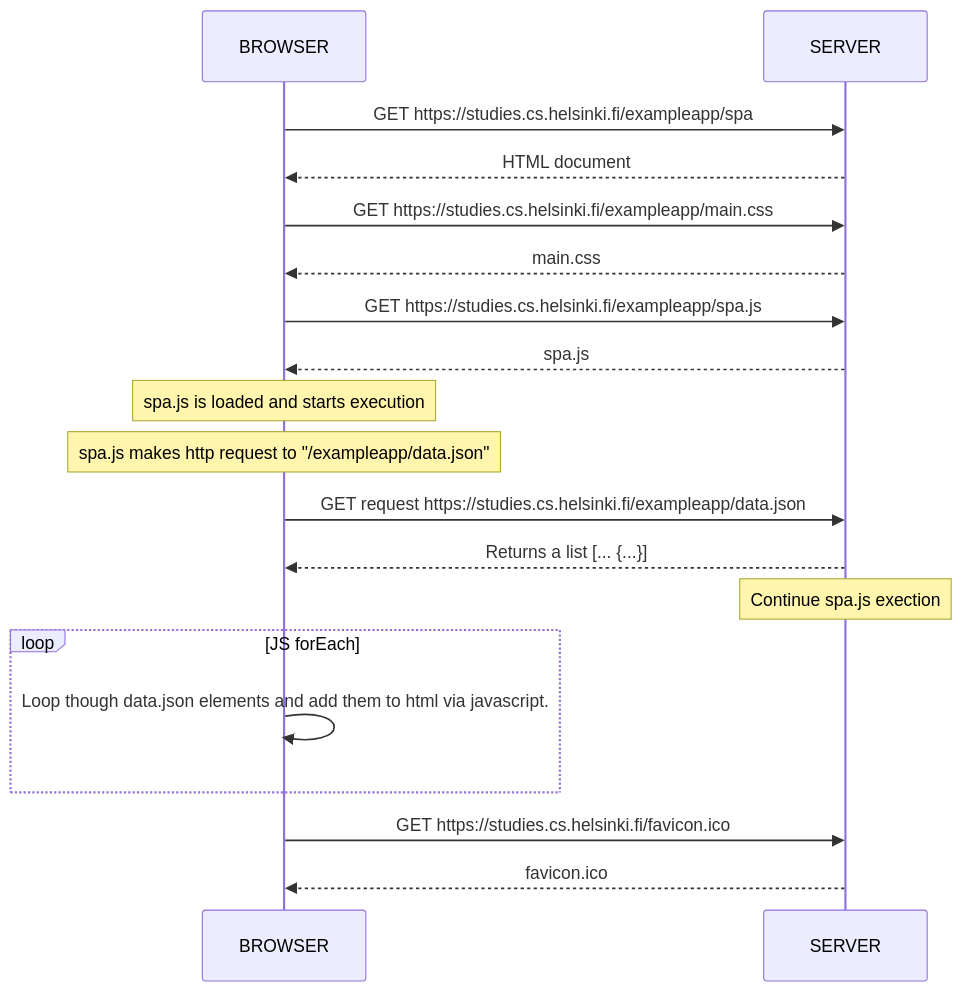
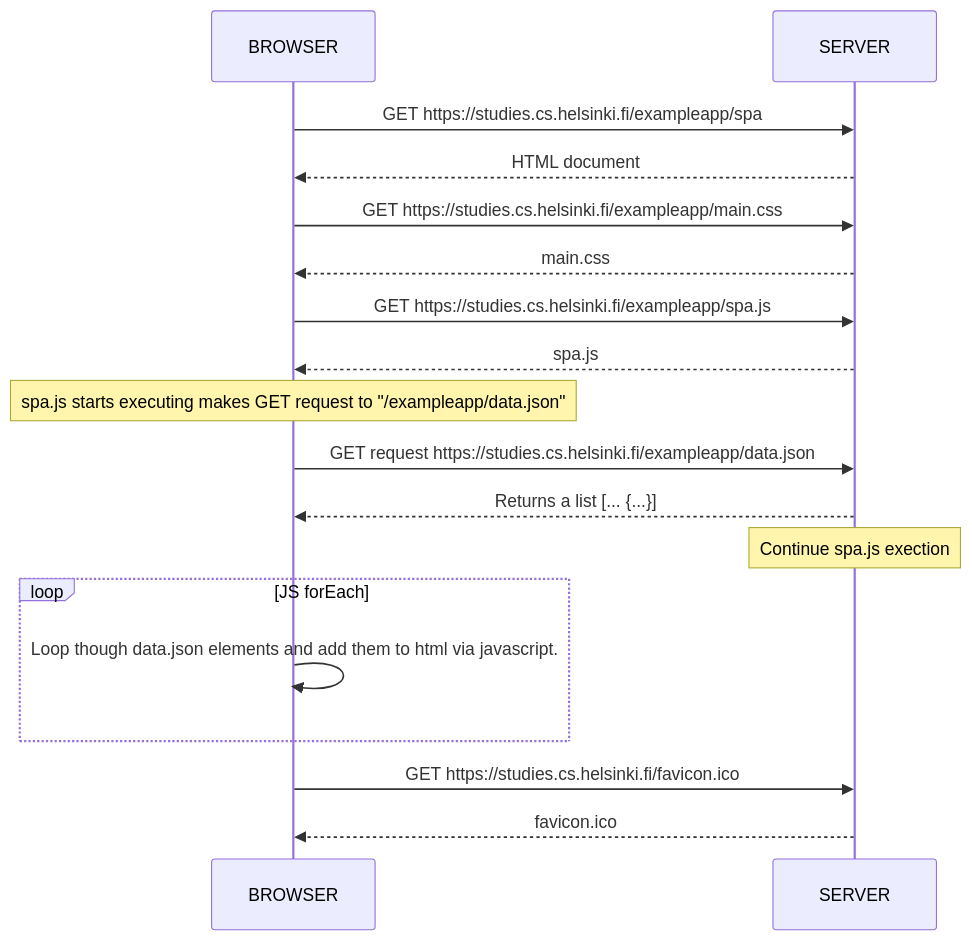
Before and after one commit to eWelli/fullstackopen-course: the diagram in part0/exercise0.5.md, drawn with Mermaid. The commit also changed other lines of this file and 2 other files, not shown here.

Commit message:
simplify text and add links

````diff
--- a/part0/exercise0.5.md
+++ b/part0/exercise0.5.md
@@ -4,19 +4,18 @@
 ```mermaid
 sequenceDiagram
     BROWSER->>SERVER: GET https://studies.cs.helsinki.fi/exampleapp/spa
     SERVER-->>BROWSER: HTML document
     BROWSER->>SERVER: GET https://studies.cs.helsinki.fi/exampleapp/main.css
     SERVER-->>BROWSER: main.css
     BROWSER->>SERVER: GET https://studies.cs.helsinki.fi/exampleapp/spa.js
     SERVER-->>BROWSER: spa.js
-    NOTE over BROWSER: spa.js is loaded and starts execution
-    NOTE over BROWSER: spa.js makes http request to "/exampleapp/data.json"
+    NOTE over BROWSER: spa.js starts executing makes GET request to "/exampleapp/data.json"
     BROWSER->>SERVER: GET request https://studies.cs.helsinki.fi/exampleapp/data.json
     SERVER-->>BROWSER: Returns a list [... {...}]
     NOTE over SERVER: Continue spa.js exection
     loop JS forEach
         BROWSER->>BROWSER:Loop though data.json elements and add them to html via javascript.
     end
     BROWSER->>SERVER: GET https://studies.cs.helsinki.fi/favicon.ico
     SERVER-->>BROWSER: favicon.ico
 ```
````
